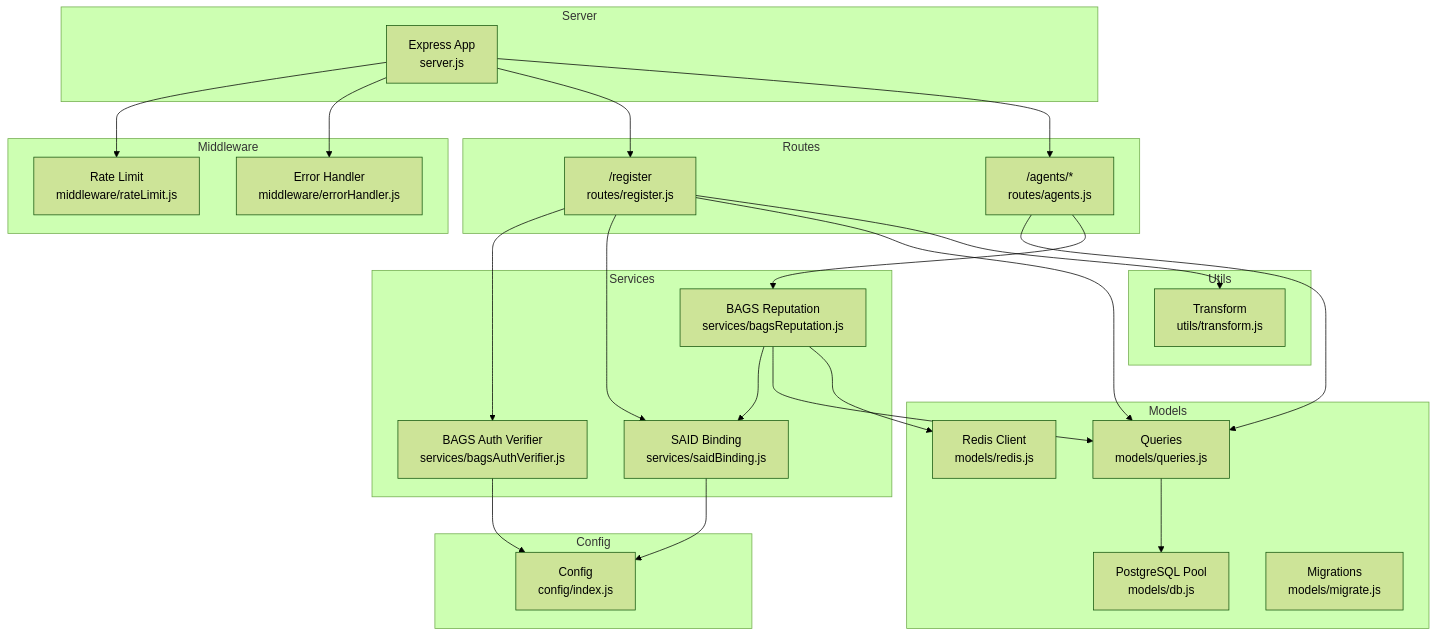
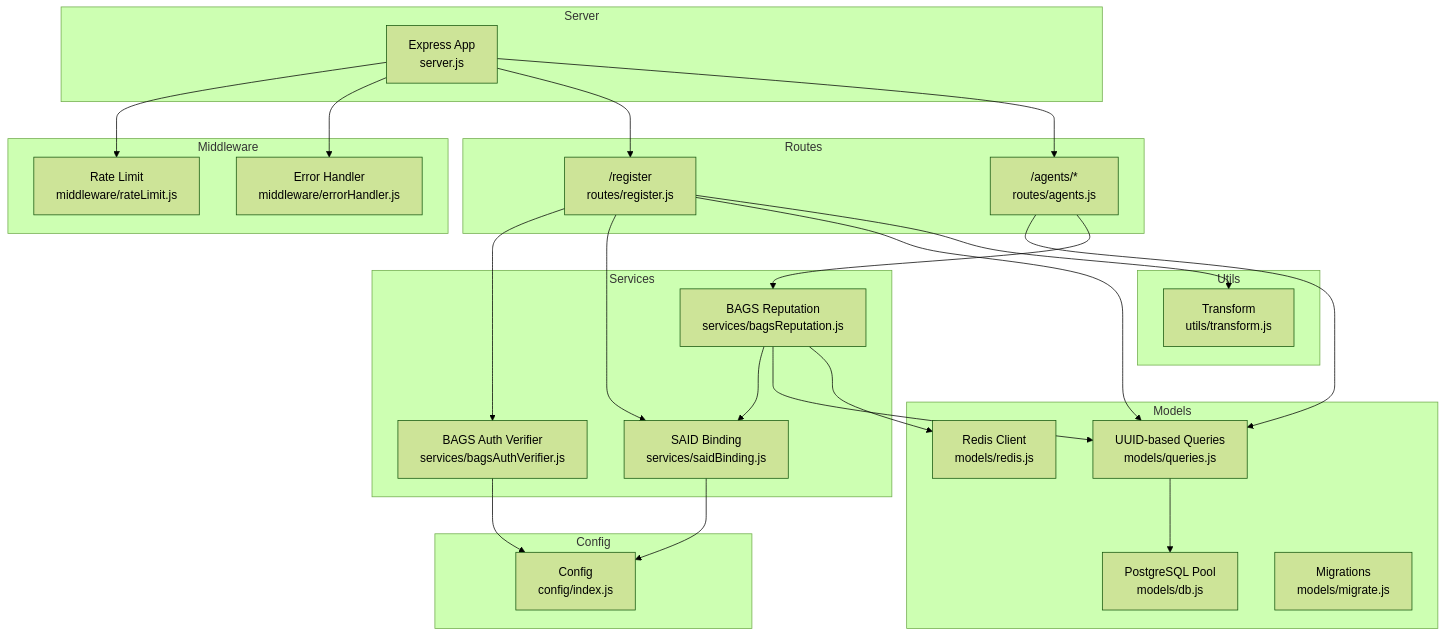
Before and after one commit to RunTimeAdmin/AgentID: the first of 11 diagrams in .qoder/repowiki/en/content/Service Layer/Identity Services.md, drawn with Mermaid (forest theme). The commit also changed other lines of this file and 31 other files, not shown here.

````diff
--- a/.qoder/repowiki/en/content/Service Layer/Identity Services.md
+++ b/.qoder/repowiki/en/content/Service Layer/Identity Services.md
@@ -46,47 +54,47 @@
 ```mermaid
 graph TB
 subgraph "Server"
 S["Express App<br/>server.js"]
 end
 subgraph "Middleware"
 RL["Rate Limit<br/>middleware/rateLimit.js"]
 EH["Error Handler<br/>middleware/errorHandler.js"]
 end
 subgraph "Routes"
 R1["/register<br/>routes/register.js"]
 R2["/agents/*<br/>routes/agents.js"]
 end
 subgraph "Services"
 SB["SAID Binding<br/>services/saidBinding.js"]
 BV["BAGS Auth Verifier<br/>services/bagsAuthVerifier.js"]
 BR["BAGS Reputation<br/>services/bagsReputation.js"]
 end
 subgraph "Models"
 DB["PostgreSQL Pool<br/>models/db.js"]
-Q["Queries<br/>models/queries.js"]
+Q["UUID-based Queries<br/>models/queries.js"]
 RD["Redis Client<br/>models/redis.js"]
 MIG["Migrations<br/>models/migrate.js"]
 end
 subgraph "Config"
 CFG["Config<br/>config/index.js"]
 end
 subgraph "Utils"
 TF["Transform<br/>utils/transform.js"]
 end
 S --> RL
 S --> EH
 S --> R1
 S --> R2
 R1 --> BV
 R1 --> SB
 R1 --> Q
 R1 --> TF
 R2 --> Q
 R2 --> BR
 BR --> SB
 BR --> Q
 SB --> CFG
 BV --> CFG
 Q --> DB
 BR --> RD
 ```
````
